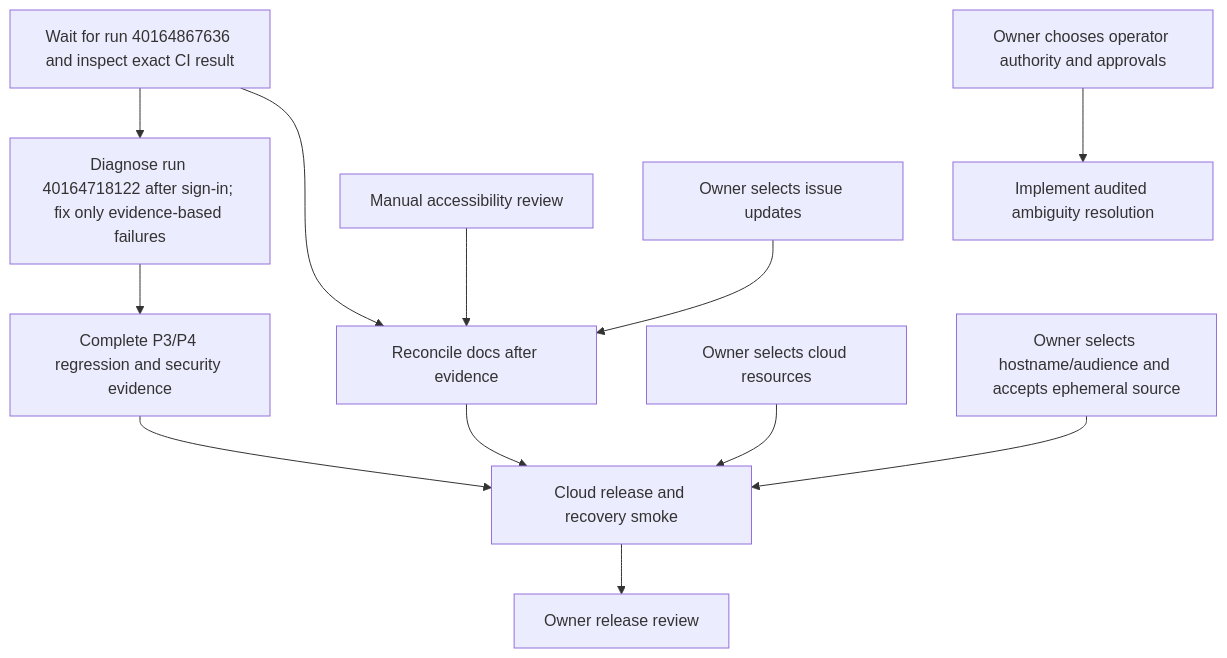
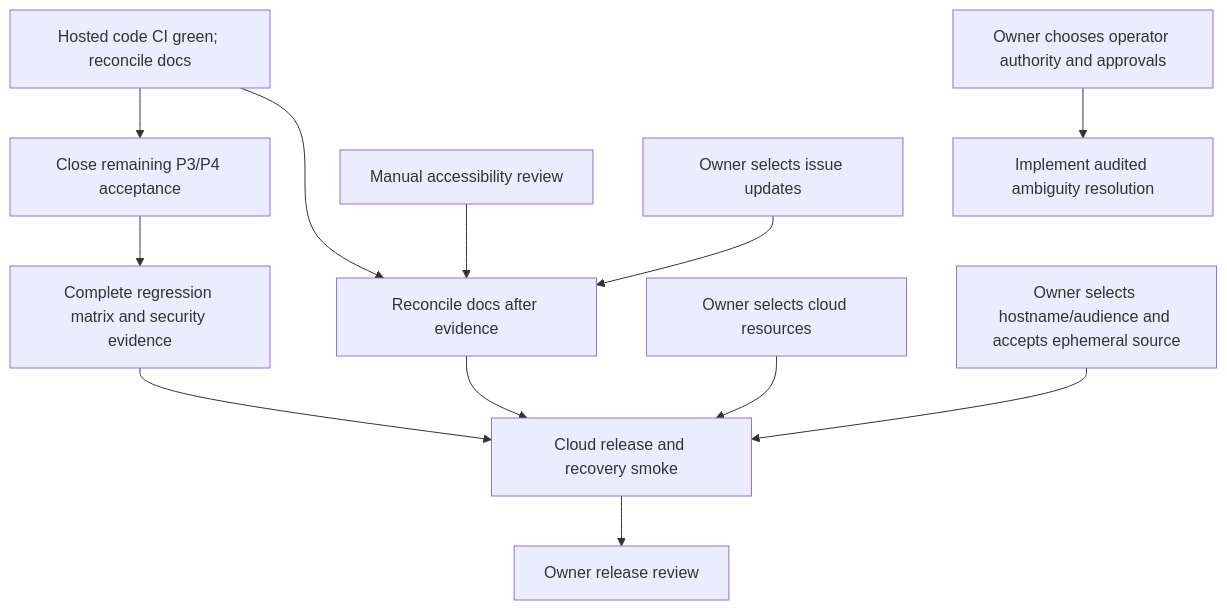
One commit to VuLeCoder/Code-forge changed the diagram in docs/next-actions.md. Above: the diagram before and after it, drawn with Mermaid. The commit also changed other lines of this file and 9 other files, not shown here.

````diff
--- a/docs/next-actions.md
+++ b/docs/next-actions.md
@@ -34,14 +51,14 @@
 ```mermaid
 flowchart TD
-  C1[Wait for run 40164867636 and inspect exact CI result] --> C2[Diagnose run 40164718122 after sign-in; fix only evidence-based failures]
-  C2 --> C3[Complete P3/P4 regression and security evidence]
+  C1[Hosted code CI green; reconcile docs] --> C2[Close remaining P3/P4 acceptance]
+  C2 --> C3[Complete regression matrix and security evidence]
   C1 --> C5[Reconcile docs after evidence]
   U4[Owner chooses operator authority and approvals] --> C4[Implement audited ambiguity resolution]
   C3 --> C7[Cloud release and recovery smoke]
   U2[Owner selects cloud resources] --> C7
   U3[Owner selects hostname/audience and accepts ephemeral source] --> C7
   C5 --> C7
   C6[Manual accessibility review] --> C5
   C7 --> U5[Owner release review]
   U6[Owner selects issue updates] --> C5
 ```
````
